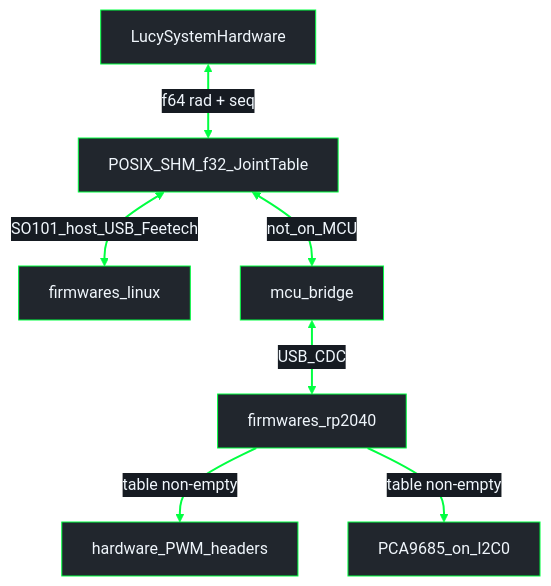
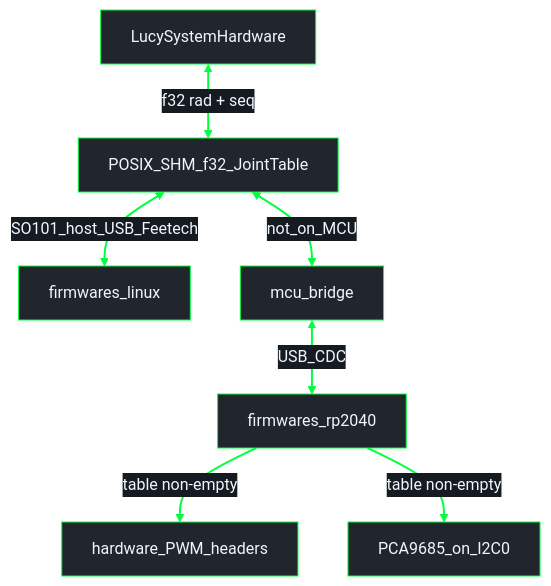
The first of 2 diagrams in docs/architecture/firmware.md (Lucy-Robotics/lucy_embedded_firmware), drawn with Mermaid before and after one commit. The commit also changed other lines of this file and 16 other files, not shown here.

````diff
--- a/docs/architecture/firmware.md
+++ b/docs/architecture/firmware.md
@@ -14,16 +14,16 @@
 ```mermaid
 %%{init: {"theme": "base", "themeVariables": {"darkMode": true, "background": "#0d1117", "mainBkg": "#21262d", "primaryColor": "#21262d", "primaryTextColor": "#f0f6fc", "primaryBorderColor": "#00FF41", "secondaryColor": "#161b22", "secondaryTextColor": "#f0f6fc", "secondaryBorderColor": "#00FF41", "tertiaryColor": "#161b22", "tertiaryTextColor": "#f0f6fc", "tertiaryBorderColor": "#00FF41", "lineColor": "#00FF41", "textColor": "#f0f6fc", "nodeTextColor": "#f0f6fc", "edgeLabelBackground": "#161b22", "clusterBkg": "#0d1117", "clusterBorder": "#00FF41", "titleColor": "#f0f6fc"}}}%%
 flowchart TB
   HI["LucySystemHardware"]
   SHM["POSIX_SHM_f32_JointTable"]
   LinuxFW["firmwares_linux"]
   Bridge["mcu_bridge"]
   S2040["firmwares_rp2040"]
-  HI <-->|"f64 rad + seq"| SHM
+  HI <-->|"f32 rad + seq"| SHM
   SHM <-->|"SO101_host_USB_Feetech"| LinuxFW
   SHM <-->|"not_on_MCU"| Bridge
   Bridge <-->|"USB_CDC"| S2040
   S2040 -->|"table non-empty"| PWM["hardware_PWM_headers"]
   S2040 -->|"table non-empty"| I2C["PCA9685_on_I2C0"]
   linkStyle default stroke:#00FF41,stroke-width:2px
 ```
````
